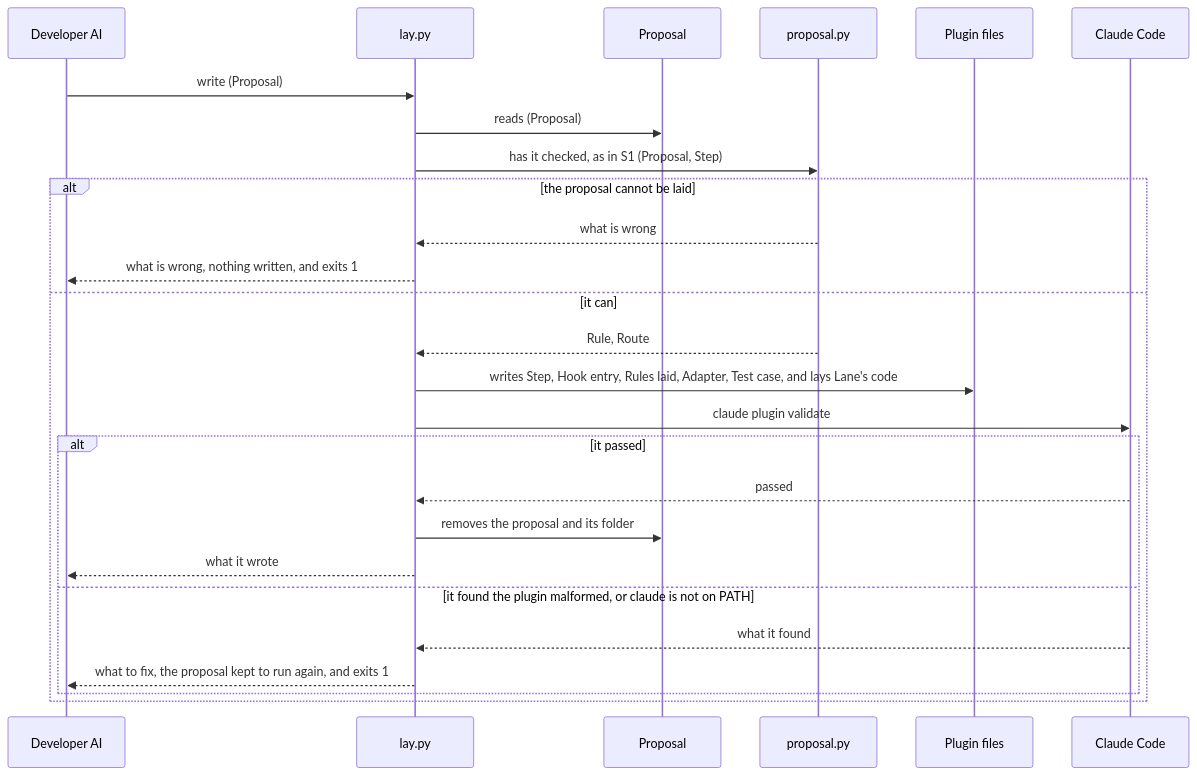
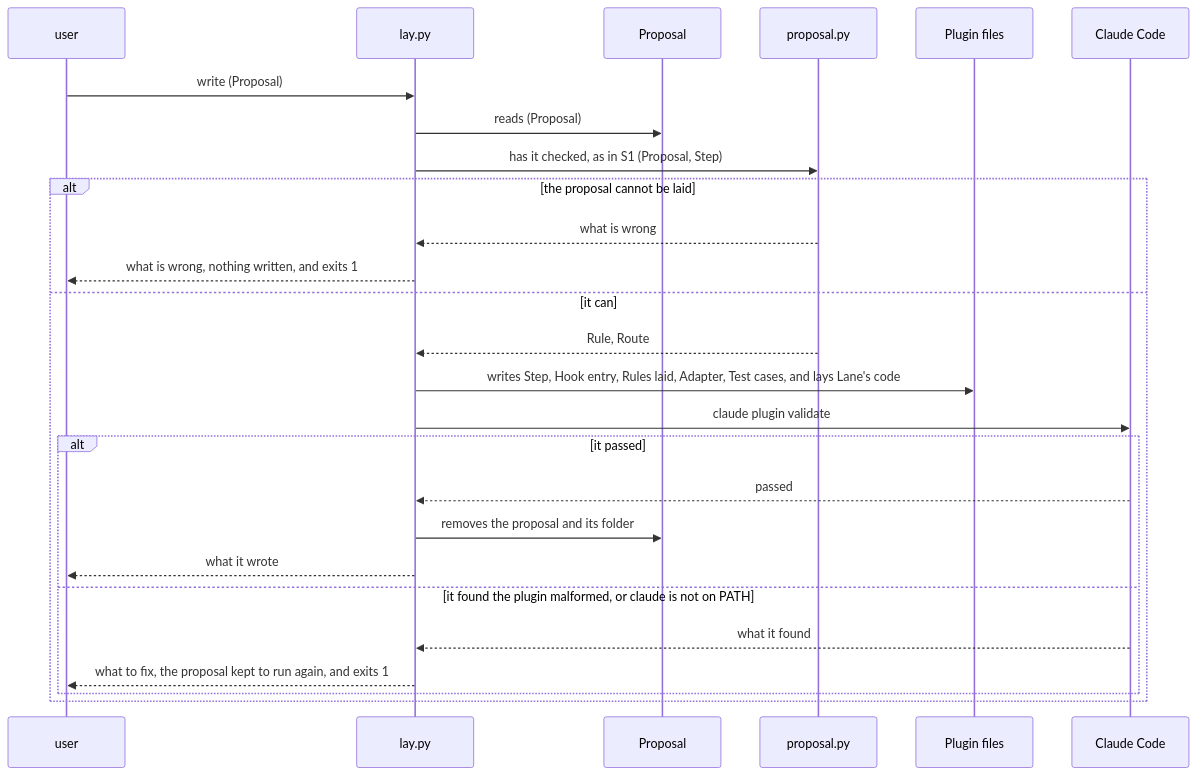
Before and after one commit to lovaizu/ccpm: the second of 7 diagrams in dev/lane/architecture.md, drawn with Mermaid. The commit also changed other lines of this file and 5 other files, not shown here.

````diff
--- a/dev/lane/architecture.md
+++ b/dev/lane/architecture.md
@@ -291,28 +332,28 @@
 ```mermaid
 sequenceDiagram
-  participant DA as Developer AI
+  participant U as user
   participant L as lay.py
   participant PS as Proposal
   participant P as proposal.py
   participant PF as Plugin files
   participant CC as Claude Code
-  DA->>L: write (Proposal)
+  U->>L: write (Proposal)
   L->>PS: reads (Proposal)
   L->>P: has it checked, as in S1 (Proposal, Step)
   alt the proposal cannot be laid
     P-->>L: what is wrong
-    L-->>DA: what is wrong, nothing written, and exits 1
+    L-->>U: what is wrong, nothing written, and exits 1
   else it can
     P-->>L: Rule, Route
-    L->>PF: writes Step, Hook entry, Rules laid, Adapter, Test case, and lays Lane's code
+    L->>PF: writes Step, Hook entry, Rules laid, Adapter, Test cases, and lays Lane's code
     L->>CC: claude plugin validate
     alt it passed
       CC-->>L: passed
       L->>PS: removes the proposal and its folder
-      L-->>DA: what it wrote
+      L-->>U: what it wrote
     else it found the plugin malformed, or claude is not on PATH
       CC-->>L: what it found
-      L-->>DA: what to fix, the proposal kept to run again, and exits 1
+      L-->>U: what to fix, the proposal kept to run again, and exits 1
     end
   end
 ```
````
